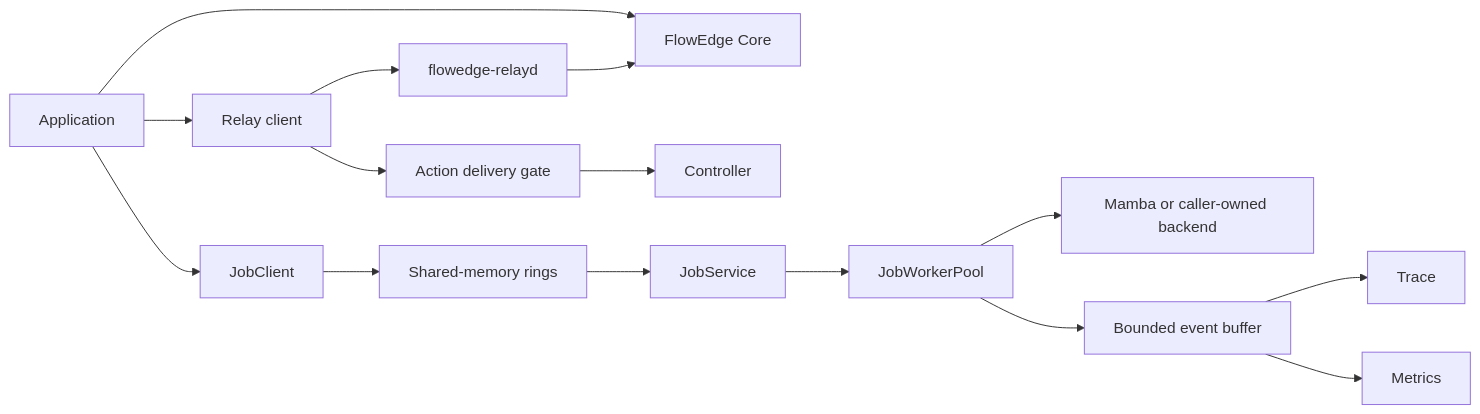
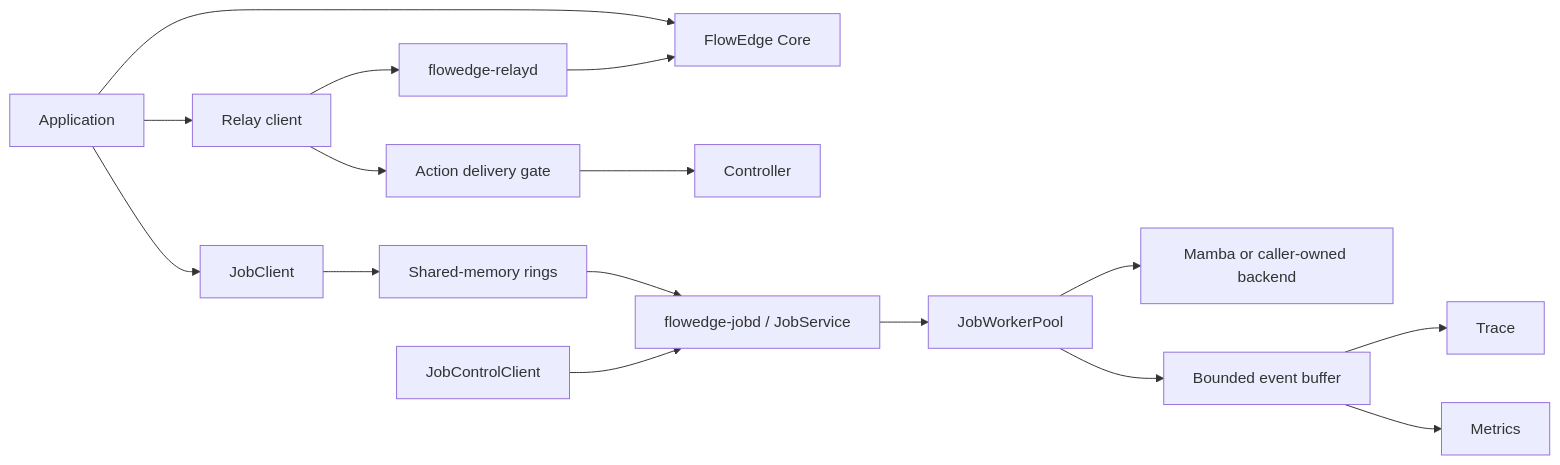
The diagram in docs/capabilities.md (elprofesoriqo/FlowEdge), drawn with Mermaid before and after one commit. The commit also changed other lines of this file and 9 other files, not shown here.

Commit message:
docs(relay): document generic job service

````diff
--- a/docs/capabilities.md
+++ b/docs/capabilities.md
@@ -23,17 +24,18 @@
 ```{mermaid}
 flowchart LR
   A[Application] --> C[FlowEdge Core]
   A --> R[Relay client]
   R --> D[flowedge-relayd]
   D --> C
   R --> G[Action delivery gate]
   G --> K[Controller]
   A --> J[JobClient]
   J --> S[Shared-memory rings]
-  S --> V[JobService]
+  S --> V[flowedge-jobd / JobService]
+  Q[JobControlClient] --> V
   V --> P[JobWorkerPool]
   P --> B[Mamba or caller-owned backend]
   P --> E[Bounded event buffer]
   E --> T[Trace]
   E --> M[Metrics]
 ```
````
